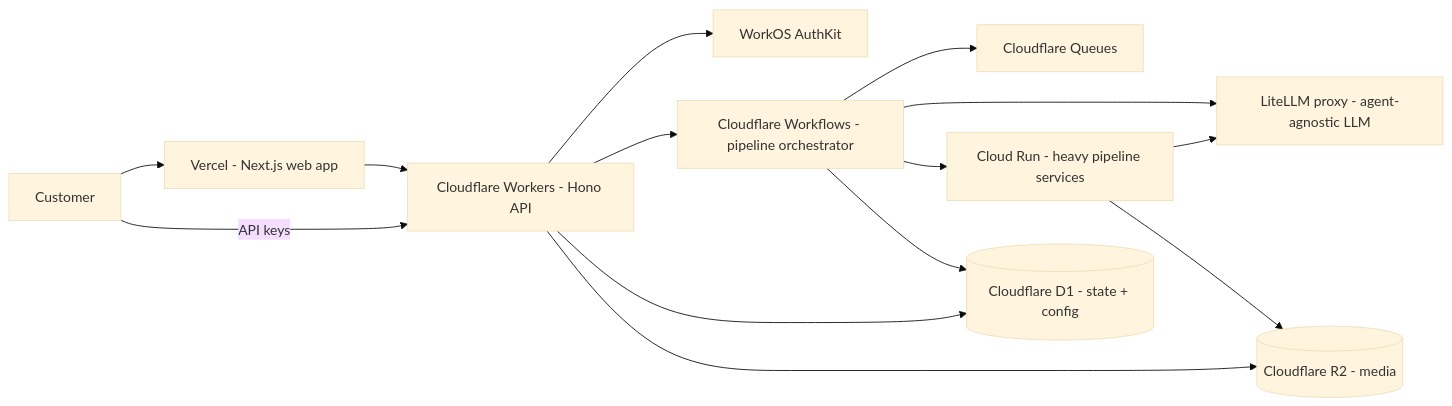
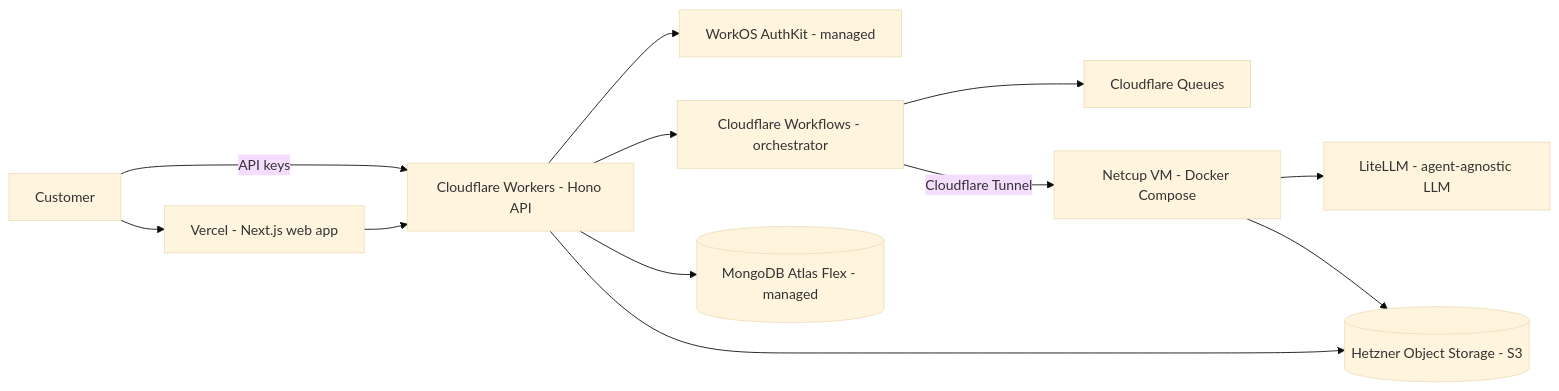
Before and after one commit to noah-sheldon/contentforge: the first of 5 diagrams in docs/hld.md, drawn with Mermaid (base theme). The commit also changed other lines of this file and 2 other files, not shown here.

First line of the commit message:
docs: final stack — Atlas Mongo + Hetzner OBJ + Netcup VM compute

````diff
--- a/docs/hld.md
+++ b/docs/hld.md
@@ -7,16 +7,14 @@
 ```mermaid
 flowchart LR
     C[Customer] --> W[Vercel - Next.js web app]
     C -->|API keys| API[Cloudflare Workers - Hono API]
     W --> API
-    API --> AUTH[WorkOS AuthKit]
-    API --> WF[Cloudflare Workflows - pipeline orchestrator]
+    API --> AUTH[WorkOS AuthKit - managed]
+    API --> WF[Cloudflare Workflows - orchestrator]
     WF --> Q[Cloudflare Queues]
-    WF --> LLM[LiteLLM proxy - agent-agnostic LLM]
-    WF --> SVC[Cloud Run - heavy pipeline services]
-    SVC --> LLM
-    SVC --> R2[(Cloudflare R2 - media)]
-    WF --> D1[(Cloudflare D1 - state + config)]
-    API --> D1
-    API --> R2
+    API --> DB[(MongoDB Atlas Flex - managed)]
+    WF -->|Cloudflare Tunnel| VM[Netcup VM - Docker Compose]
+    VM --> LLM[LiteLLM - agent-agnostic LLM]
+    VM --> OBJ[(Hetzner Object Storage - S3)]
+    API --> OBJ
 ```
````
